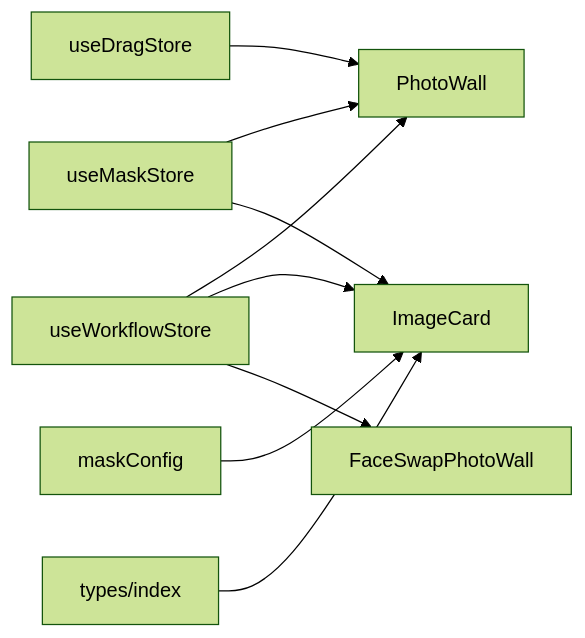
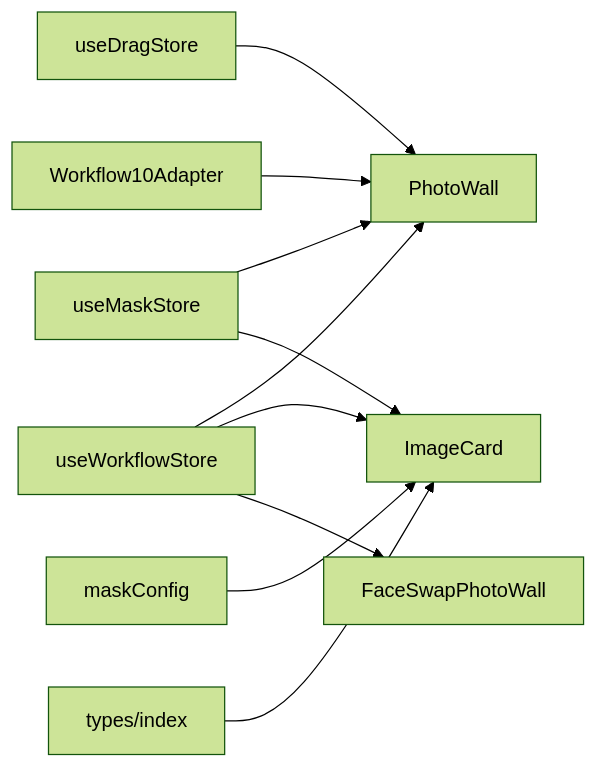
Before and after one commit to billye220670/CorineKit_Pix2Real: the eighth of 9 diagrams in .qoder/repowiki/zh/content/用户界面组件/核心界面组件/图片墙组件 (PhotoWall).md, drawn with Mermaid (forest theme). The commit also changed other lines of this file and 21 other files, not shown here.

````diff
--- a/.qoder/repowiki/zh/content/用户界面组件/核心界面组件/图片墙组件 (PhotoWall).md
+++ b/.qoder/repowiki/zh/content/用户界面组件/核心界面组件/图片墙组件 (PhotoWall).md
@@ -305,11 +372,12 @@
 ```mermaid
 graph LR
 WFS["useWorkflowStore"] --> PW["PhotoWall"]
 WFS --> IC["ImageCard"]
 WFS --> FSPW["FaceSwapPhotoWall"]
 DS["useDragStore"] --> PW
 MS["useMaskStore"] --> PW
 MS --> IC
 MC["maskConfig"] --> IC
+WA["Workflow10Adapter"] --> PW
 T["types/index"] --> IC
 ```
````
